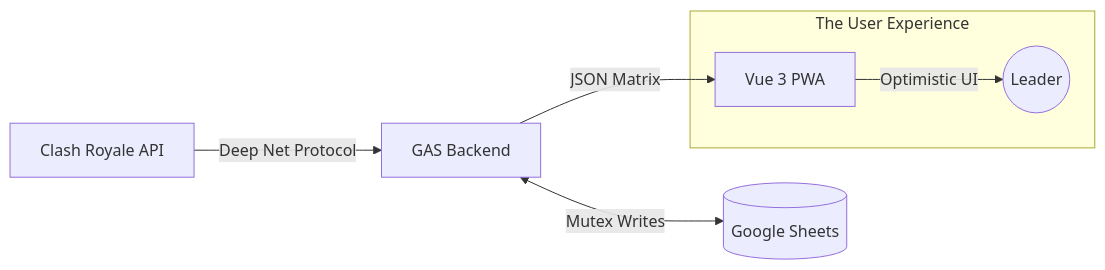
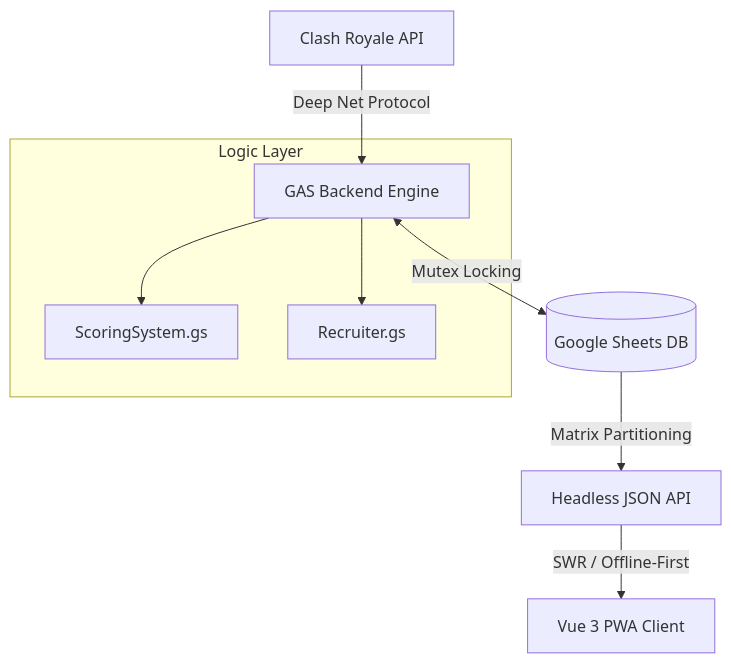
One commit to AlbiDR/Clash-Manager changed the diagram in README.md. Above: the diagram before and after it, drawn with Mermaid. The commit also changed other lines of this file and 12 other files, not shown here.

````diff
--- a/README.md
+++ b/README.md
@@ -17,10 +18,12 @@
 ```mermaid
-graph LR
-    CR[Clash Royale API] -->|Deep Net Protocol| Server[GAS Backend]
-    Server <-->|Mutex Writes| DB[(Google Sheets)]
-    Server -->|JSON Matrix| Client[Vue 3 PWA]
+graph TD
+    CRAPI[Clash Royale API] -->|Deep Net Protocol| GAS[GAS Backend Engine]
+    GAS <-->|Mutex Locking| GS[(Google Sheets DB)]
+    GS -->|Matrix Partitioning| API[Headless JSON API]
+    API -->|SWR / Offline-First| PWA[Vue 3 PWA Client]
     
-    subgraph "The User Experience"
-    Client -->|Optimistic UI| User((Leader))
+    subgraph "Logic Layer"
+    GAS --> Scoring[ScoringSystem.gs]
+    GAS --> Recruiter[Recruiter.gs]
     end
 ```
````
